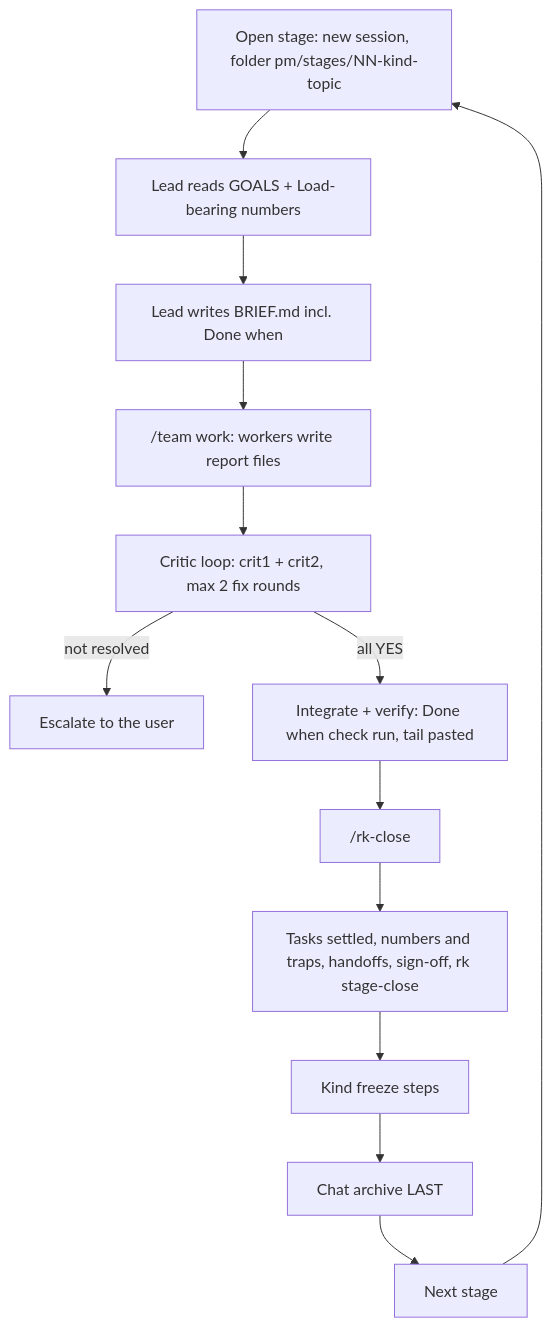
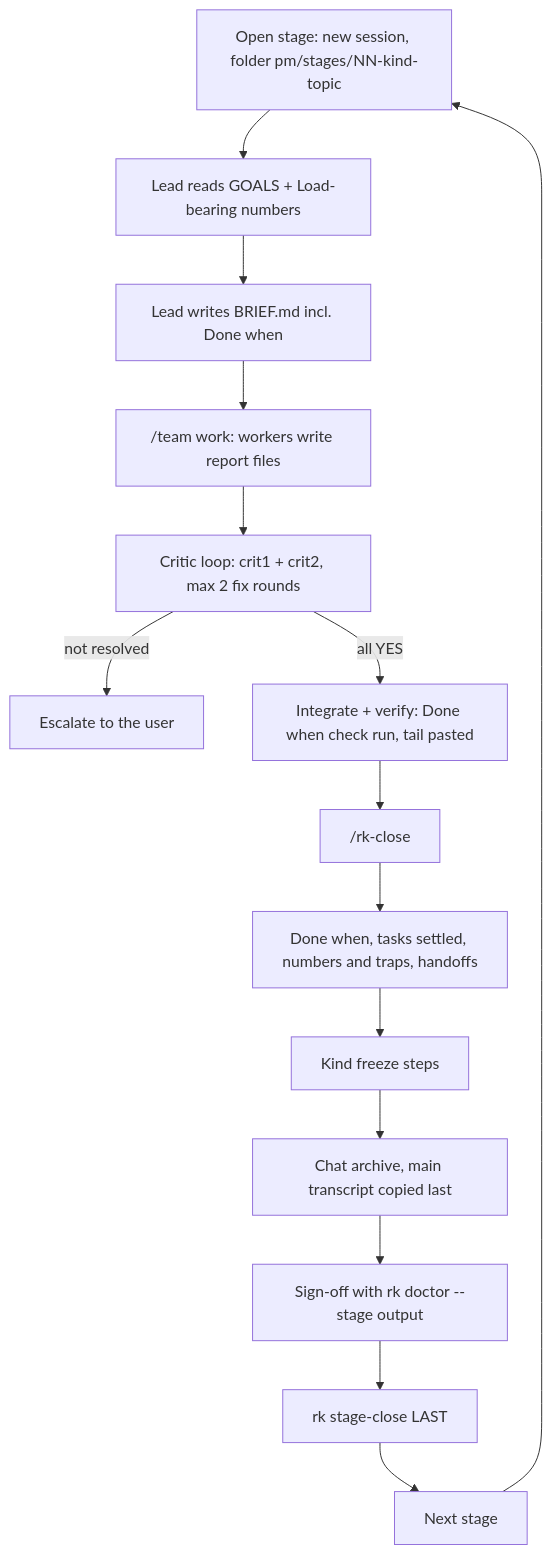
Before and after one commit to xylophoneengine/research-kit: the second of 5 diagrams in README.md, drawn with Mermaid. The commit also changed other lines of this file and 20 other files, not shown here.

First line of the commit message:
0.2.0: rk doctor and reref, kit and session id on events, ref checks, close order, release gate

````diff
--- a/README.md
+++ b/README.md
@@ -324,15 +335,17 @@
 ```mermaid
 flowchart TD
   O["Open stage: new session, folder pm/stages/NN-kind-topic"] --> RG["Lead reads GOALS + Load-bearing numbers"]
   RG --> BR["Lead writes BRIEF.md incl. Done when"]
   BR --> T["/team work: workers write report files"]
   T --> CR["Critic loop: crit1 + crit2, max 2 fix rounds"]
   CR -- "not resolved" --> ESC["Escalate to the user"]
   CR -- "all YES" --> IV["Integrate + verify: Done when check run, tail pasted"]
   IV --> CL["/rk-close"]
-  CL --> S1["Tasks settled, numbers and traps, handoffs, sign-off, rk stage-close"]
+  CL --> S1["Done when, tasks settled, numbers and traps, handoffs"]
   S1 --> S2["Kind freeze steps"]
-  S2 --> S3["Chat archive LAST"]
-  S3 --> N["Next stage"]
+  S2 --> S3["Chat archive, main transcript copied last"]
+  S3 --> S4["Sign-off with rk doctor --stage output"]
+  S4 --> S5["rk stage-close LAST"]
+  S5 --> N["Next stage"]
   N --> O
 ```
````
